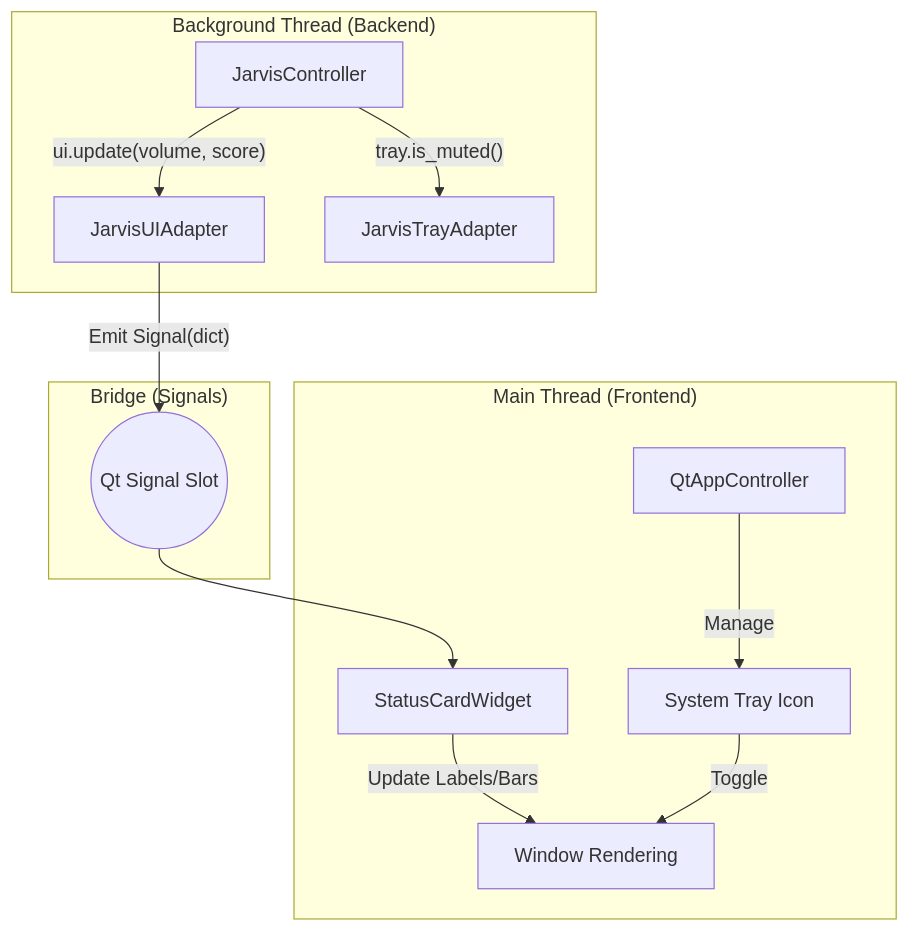
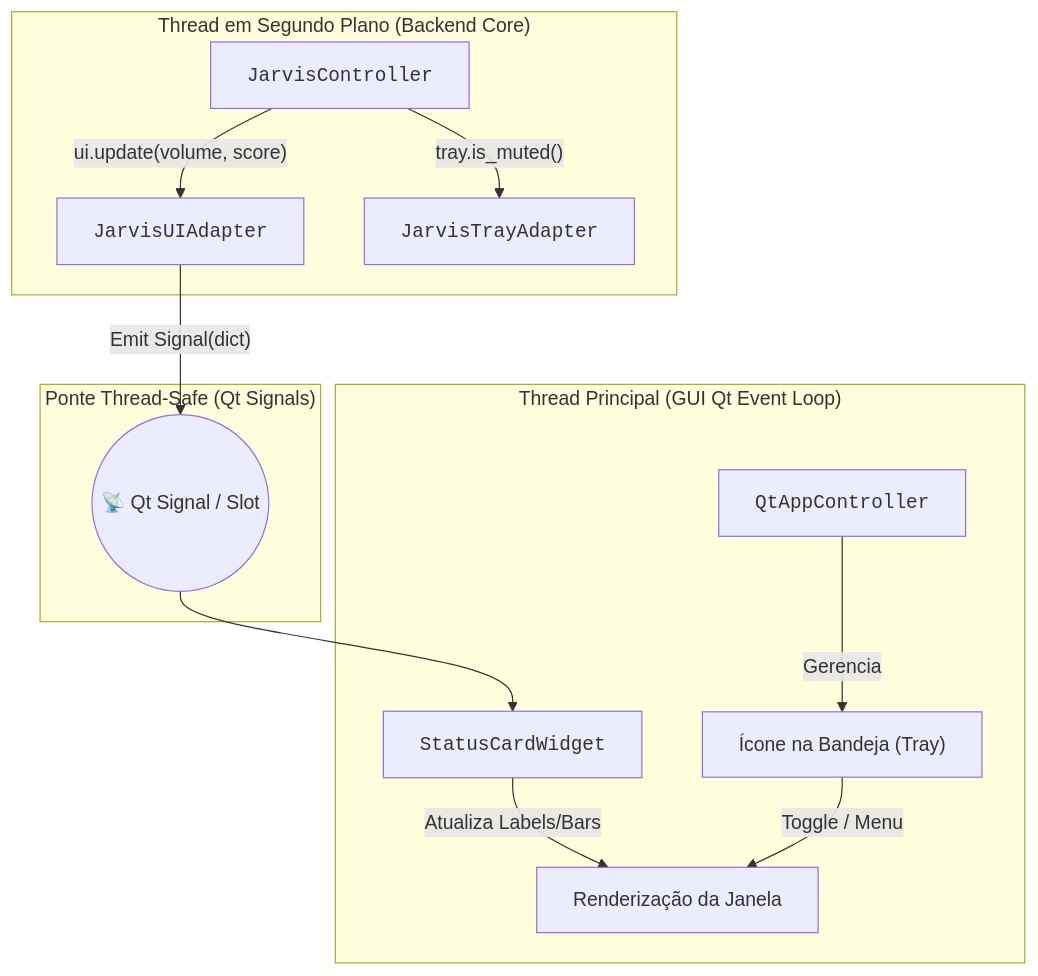
One commit to Leturnos/python-jarvis changed the diagram in docs/architecture/ui-architecture.md. Above: the diagram before and after it, drawn with Mermaid. The commit also changed other lines of this file and 10 other files, not shown here.

Commit message:
docs(architecture): consolidate system architecture and reorganize documentation

````diff
--- a/docs/architecture/ui-architecture.md
+++ b/docs/architecture/ui-architecture.md
@@ -38,18 +46,18 @@
 ```mermaid
 graph TD
-    subgraph "Background Thread (Backend)"
-        JC[JarvisController] -- "ui.update(volume, score)" --> AD[JarvisUIAdapter]
-        JC -- "tray.is_muted()" --> TA[JarvisTrayAdapter]
+    subgraph "Thread em Segundo Plano (Backend Core)"
+        JC["<code>JarvisController</code>"] -- "ui.update(volume, score)" --> AD["<code>JarvisUIAdapter</code>"]
+        JC -- "tray.is_muted()" --> TA["<code>JarvisTrayAdapter</code>"]
     end
 
-    subgraph "Bridge (Signals)"
-        AD -- "Emit Signal(dict)" --> SIG((Qt Signal Slot))
+    subgraph "Ponte Thread-Safe (Qt Signals)"
+        AD -- "Emit Signal(dict)" --> SIG(("📡 Qt Signal / Slot"))
     end
 
-    subgraph "Main Thread (Frontend)"
-        SIG --> SC[StatusCardWidget]
-        SC -- "Update Labels/Bars" --> GUI[Window Rendering]
-        APP[QtAppController] -- "Manage" --> TRAY[System Tray Icon]
-        TRAY -- "Toggle" --> GUI
+    subgraph "Thread Principal (GUI Qt Event Loop)"
+        SIG --> SC["<code>StatusCardWidget</code>"]
+        SC -- "Atualiza Labels/Bars" --> GUI["Renderização da Janela"]
+        APP["<code>QtAppController</code>"] -- "Gerencia" --> TRAY["Ícone na Bandeja (Tray)"]
+        TRAY -- "Toggle / Menu" --> GUI
     end
 ```
````
